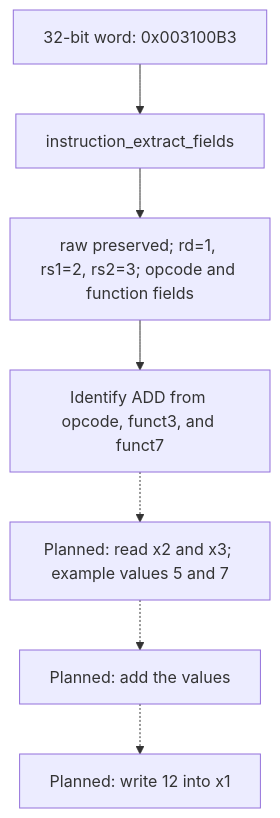
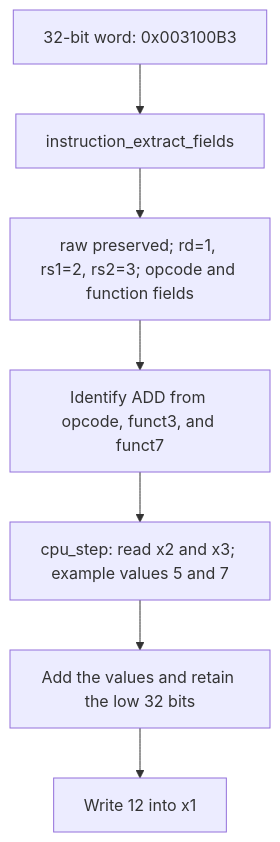
The sixth of 8 diagrams in docs/FLOWCHARTS.md (IcaroRamosDM/riscv32-simulator), drawn with Mermaid before and after one commit. The commit also changed other lines of this file and 6 other files, not shown here.

````diff
--- a/docs/FLOWCHARTS.md
+++ b/docs/FLOWCHARTS.md
@@ -164,9 +169,9 @@
 ```mermaid
 flowchart TD
     WORD["32-bit word: 0x003100B3"] --> EXTRACT["instruction_extract_fields"]
     EXTRACT --> FIELDS["raw preserved; rd=1, rs1=2, rs2=3; opcode and function fields"]
     FIELDS --> IDENTIFY["Identify ADD from opcode, funct3, and funct7"]
-    IDENTIFY -.-> READ["Planned: read x2 and x3; example values 5 and 7"]
-    READ -.-> ADD["Planned: add the values"]
-    ADD -.-> WRITE["Planned: write 12 into x1"]
+    IDENTIFY --> READ["cpu_step: read x2 and x3; example values 5 and 7"]
+    READ --> ADD["Add the values and retain the low 32 bits"]
+    ADD --> WRITE["Write 12 into x1"]
 ```
````
